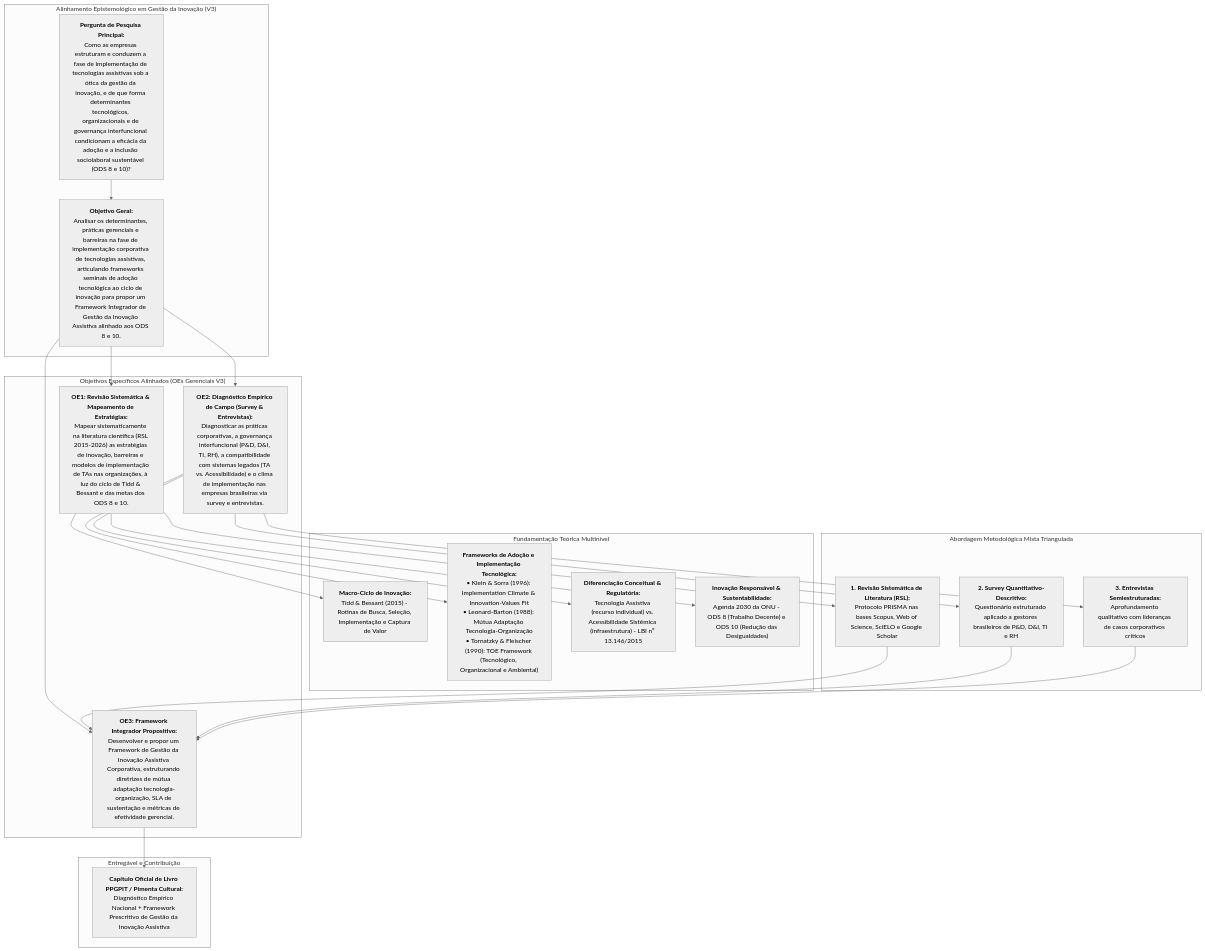
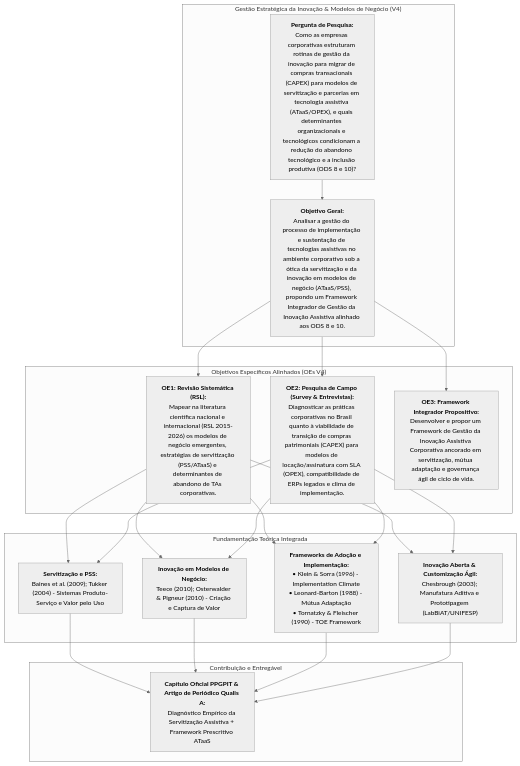
One commit to josuejofre/artigo-tecnologias-assistivas-geti changed the diagram in proposta_capitulo_livro_tecnologias_assistivas.md. Above: the diagram before and after it, drawn with Mermaid (neutral theme). The commit also changed other lines of this file and 24 other files, not shown here.

Commit message:
feat: Adiciona RSL automatizada com 19 PDFs baixados, painel de controle e apresentacao enxuta para tutoria docente

````diff
--- a/proposta_capitulo_livro_tecnologias_assistivas.md
+++ b/proposta_capitulo_livro_tecnologias_assistivas.md
@@ -50,39 +50,29 @@
 ```mermaid
 flowchart TD
-    subgraph PROBLEMA_E_OBJETIVOS["Alinhamento Epistemológico em Gestão da Inovação (V3)"]
-        P["<b>Pergunta de Pesquisa Principal:</b><br/>Como as empresas estruturam e conduzem a fase de implementação de tecnologias assistivas sob a ótica da gestão da inovação, e de que forma determinantes tecnológicos, organizacionais e de governança interfuncional condicionam a eficácia da adoção e a inclusão sociolaboral sustentável (ODS 8 e 10)?"]
-        OG["<b>Objetivo Geral:</b><br/>Analisar os determinantes, práticas gerenciais e barreiras na fase de implementação corporativa de tecnologias assistivas, articulando frameworks seminais de adoção tecnológica ao ciclo de inovação para propor um Framework Integrador de Gestão da Inovação Assistiva alinhado aos ODS 8 e 10."]
+    subgraph PROBLEMA_E_OBJETIVOS["Gestão Estratégica da Inovação & Modelos de Negócio (V4)"]
+        P["<b>Pergunta de Pesquisa:</b><br/>Como as empresas corporativas estruturam rotinas de gestão da inovação para migrar de compras transacionais (CAPEX) para modelos de servitização e parcerias em tecnologia assistiva (ATaaS/OPEX), e quais determinantes organizacionais e tecnológicos condicionam a redução do abandono tecnológico e a inclusão produtiva (ODS 8 e 10)?"]
+        OG["<b>Objetivo Geral:</b><br/>Analisar a gestão do processo de implementação e sustentação de tecnologias assistivas no ambiente corporativo sob a ótica da servitização e da inovação em modelos de negócio (ATaaS/PSS), propondo um Framework Integrador de Gestão da Inovação Assistiva alinhado aos ODS 8 e 10."]
     end
 
-    subgraph OBJETIVOS_ESPECIFICOS["Objetivos Específicos Alinhados (OEs Gerenciais V3)"]
-        OE1["<b>OE1: Revisão Sistemática & Mapeamento de Estratégias:</b><br/>Mapear sistematicamente na literatura científica (RSL 2015-2026) as estratégias de inovação, barreiras e modelos de implementação de TAs nas organizações, à luz do ciclo de Tidd & Bessant e das metas dos ODS 8 e 10."]
-        OE2["<b>OE2: Diagnóstico Empírico de Campo (Survey & Entrevistas):</b><br/>Diagnosticar as práticas corporativas, a governança interfuncional (P&D, D&I, TI, RH), a compatibilidade com sistemas legados (TA vs. Acessibilidade) e o clima de implementação nas empresas brasileiras via survey e entrevistas."]
-        OE3["<b>OE3: Framework Integrador Propositivo:</b><br/>Desenvolver e propor um Framework de Gestão da Inovação Assistiva Corporativa, estruturando diretrizes de mútua adaptação tecnologia-organização, SLA de sustentação e métricas de efetividade gerencial."]
+    subgraph OBJETIVOS_ESPECIFICOS["Objetivos Específicos Alinhados (OEs V4)"]
+        OE1["<b>OE1: Revisão Sistemática (RSL):</b><br/>Mapear na literatura científica nacional e internacional (RSL 2015-2026) os modelos de negócio emergentes, estratégias de servitização (PSS/ATaaS) e determinantes de abandono de TAs corporativas."]
+        OE2["<b>OE2: Pesquisa de Campo (Survey & Entrevistas):</b><br/>Diagnosticar as práticas corporativas no Brasil quanto à viabilidade de transição de compras patrimoniais (CAPEX) para modelos de locação/assinatura com SLA (OPEX), compatibilidade de ERPs legados e clima de implementação."]
+        OE3["<b>OE3: Framework Integrador Propositivo:</b><br/>Desenvolver e propor um Framework de Gestão da Inovação Assistiva Corporativa ancorado em servitização, mútua adaptação e governança ágil de ciclo de vida."]
     end
 
-    subgraph QUADRO_TEORICO["Fundamentação Teórica Multinível"]
-        T1["<b>Macro-Ciclo de Inovação:</b><br/>Tidd & Bessant (2015) - Rotinas de Busca, Seleção, Implementação e Captura de Valor"]
-        T2["<b>Frameworks de Adoção e Implementação Tecnológica:</b><br/>• Klein & Sorra (1996): Implementation Climate & Innovation-Values Fit<br/>• Leonard-Barton (1988): Mútua Adaptação Tecnologia-Organização<br/>• Tornatzky & Fleischer (1990): TOE Framework (Tecnológico, Organizacional e Ambiental)"]
-        T3["<b>Diferenciação Conceitual & Regulatória:</b><br/>Tecnologia Assistiva (recurso individual) vs. Acessibilidade Sistêmica (infraestrutura) - LBI nº 13.146/2015"]
-        T4["<b>Inovação Responsável & Sustentabilidade:</b><br/>Agenda 2030 da ONU - ODS 8 (Trabalho Decente) e ODS 10 (Redução das Desigualdades)"]
+    subgraph QUADRO_TEORICO["Fundamentação Teórica Integrada"]
+        T1["<b>Servitização e PSS:</b><br/>Baines et al. (2009); Tukker (2004) - Sistemas Produto-Serviço e Valor pelo Uso"]
+        T2["<b>Inovação em Modelos de Negócio:</b><br/>Teece (2010); Osterwalder & Pigneur (2010) - Criação e Captura de Valor"]
+        T3["<b>Frameworks de Adoção e Implementação:</b><br/>• Klein & Sorra (1996) - Implementation Climate<br/>• Leonard-Barton (1988) - Mútua Adaptação<br/>• Tornatzky & Fleischer (1990) - TOE Framework"]
+        T4["<b>Inovação Aberta & Customização Ágil:</b><br/>Chesbrough (2003); Manufatura Aditiva e Prototipagem (LabBiAT/UNIFESP)"]
     end
 
-    subgraph METODOLOGIA_TRIANGULADA["Abordagem Metodológica Mista Triangulada"]
-        M1["<b>1. Revisão Sistemática de Literatura (RSL):</b><br/>Protocolo PRISMA nas bases Scopus, Web of Science, SciELO e Google Scholar"]
-        M2["<b>2. Survey Quantitativo-Descritivo:</b><br/>Questionário estruturado aplicado a gestores brasileiros de P&D, D&I, TI e RH"]
-        M3["<b>3. Entrevistas Semiestruturadas:</b><br/>Aprofundamento qualitativo com lideranças de casos corporativos críticos"]
-    end
-
-    subgraph ENTREGAVEL_FINAL["Entregável e Contribuição"]
-        OUT["<b>Capítulo Oficial de Livro PPGPIT / Pimenta Cultural:</b><br/>Diagnóstico Empírico Nacional + Framework Prescritivo de Gestão da Inovação Assistiva"]
+    subgraph ENTREGAVEL["Contribuição e Entregável"]
+        OUT["<b>Capítulo Oficial PPGPIT & Artigo de Periódico Qualis A:</b><br/>Diagnóstico Empírico da Servitização Assistiva + Framework Prescritivo ATaaS"]
     end
 
     P --> OG
     OG --> OE1 & OE2 & OE3
-    OE1 --> T1 & T4
-    OE2 --> T2 & T3
-    OE1 --> M1
-    OE2 --> M2 & M3
-    M1 & M2 & M3 --> OE3
-    OE3 --> OUT
+    OE1 & OE2 --> T1 & T2 & T3 & T4
+    T1 & T2 & T3 & T4 --> OUT
 ```
````
